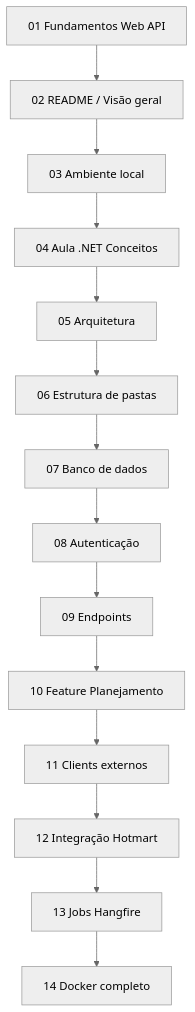
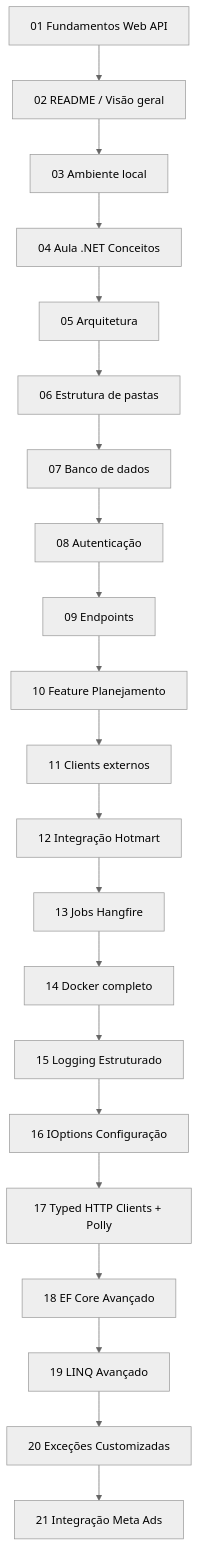
One commit to ViniciusBernucci/VBBS-Manager-API changed the diagram in documentacoes/00-trilha-de-aprendizado.md. Above: the diagram before and after it, drawn with Mermaid (neutral theme). The commit also changed other lines of this file and 12 other files, not shown here.

````diff
--- a/documentacoes/00-trilha-de-aprendizado.md
+++ b/documentacoes/00-trilha-de-aprendizado.md
@@ -13,16 +13,23 @@
 ```mermaid
 flowchart TD
     A[01 Fundamentos Web API] --> B[02 README / Visão geral]
     B --> C[03 Ambiente local]
     C --> D[04 Aula .NET Conceitos]
     D --> E[05 Arquitetura]
     E --> F[06 Estrutura de pastas]
     F --> G[07 Banco de dados]
     G --> H[08 Autenticação]
     H --> I[09 Endpoints]
     I --> J[10 Feature Planejamento]
     J --> K[11 Clients externos]
     K --> L[12 Integração Hotmart]
     L --> M[13 Jobs Hangfire]
     M --> N[14 Docker completo]
+    N --> O[15 Logging Estruturado]
+    O --> P[16 IOptions Configuração]
+    P --> Q[17 Typed HTTP Clients + Polly]
+    Q --> R[18 EF Core Avançado]
+    R --> S[19 LINQ Avançado]
+    S --> T[20 Exceções Customizadas]
+    T --> U[21 Integração Meta Ads]
 ```
````
